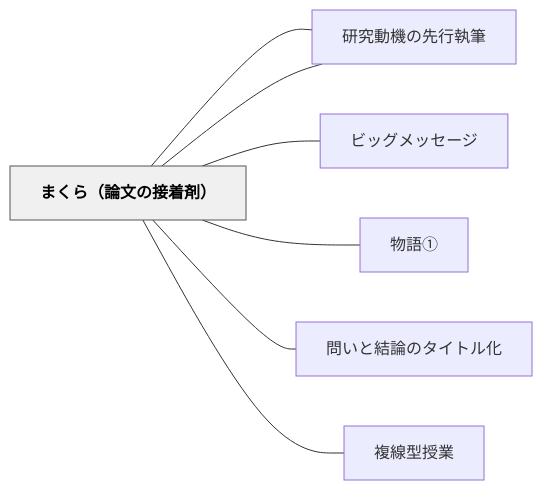
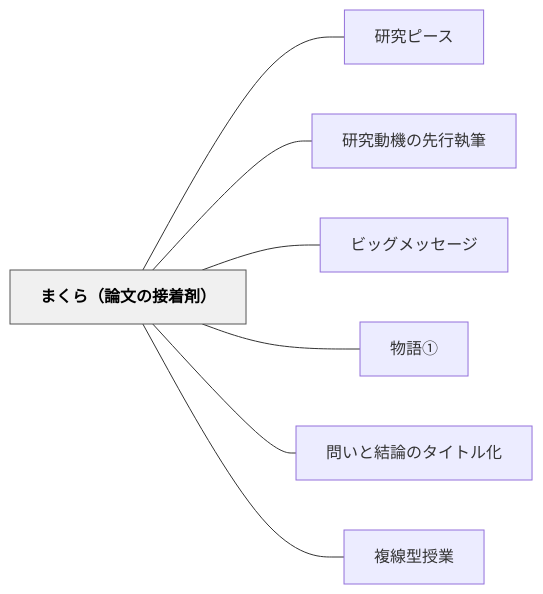
One commit to unknownthings-ed-patterns/unknownthings-ed-patterns changed the diagram in content/パタン/まくら（論文の接着剤）.md. Above: the diagram before and after it, drawn with Mermaid. The commit also changed 527 other files, not shown here.

````diff
--- a/content/パタン/まくら（論文の接着剤）.md
+++ b/content/パタン/まくら（論文の接着剤）.md
@@ -125,20 +125,20 @@
 ```mermaid
 flowchart LR
-    ne381bee3818f["まくら（論文の接着剤）"]
-    ne7a094e7a9b6["研究ピース"]
-    ne7a094e7a9b6["研究動機の先行執筆"]
-    ne38393e38383["ビッグメッセージ"]
-    ne789a9e8aa9e["物語①"]
-    ne5958fe38184["問いと結論のタイトル化"]
-    ne8a487e7b79a["複線型授業"]
+    ne381bee3818fe38289efbc88e8ab96e69687e381aee68ea5e79d80e589a4efbc89["まくら（論文の接着剤）"]
+    ne7a094e7a9b6e38394e383bce382b9["研究ピース"]
+    ne7a094e7a9b6e58b95e6a99fe381aee58588e8a18ce59fb7e7ad86["研究動機の先行執筆"]
+    ne38393e38383e382b0e383a1e38383e382bbe383bce382b8["ビッグメッセージ"]
+    ne789a9e8aa9ee291a0["物語①"]
+    ne5958fe38184e381a8e7b590e8ab96e381aee382bfe382a4e38388e383abe58c96["問いと結論のタイトル化"]
+    ne8a487e7b79ae59e8be68e88e6a5ad["複線型授業"]
 
-    ne381bee3818f --- ne7a094e7a9b6
-    ne381bee3818f --- ne7a094e7a9b6
-    ne381bee3818f --- ne38393e38383
-    ne381bee3818f --- ne789a9e8aa9e
-    ne381bee3818f --- ne5958fe38184
-    ne381bee3818f --- ne8a487e7b79a
+    ne381bee3818fe38289efbc88e8ab96e69687e381aee68ea5e79d80e589a4efbc89 --- ne7a094e7a9b6e38394e383bce382b9
+    ne381bee3818fe38289efbc88e8ab96e69687e381aee68ea5e79d80e589a4efbc89 --- ne7a094e7a9b6e58b95e6a99fe381aee58588e8a18ce59fb7e7ad86
+    ne381bee3818fe38289efbc88e8ab96e69687e381aee68ea5e79d80e589a4efbc89 --- ne38393e38383e382b0e383a1e38383e382bbe383bce382b8
+    ne381bee3818fe38289efbc88e8ab96e69687e381aee68ea5e79d80e589a4efbc89 --- ne789a9e8aa9ee291a0
+    ne381bee3818fe38289efbc88e8ab96e69687e381aee68ea5e79d80e589a4efbc89 --- ne5958fe38184e381a8e7b590e8ab96e381aee382bfe382a4e38388e383abe58c96
+    ne381bee3818fe38289efbc88e8ab96e69687e381aee68ea5e79d80e589a4efbc89 --- ne8a487e7b79ae59e8be68e88e6a5ad
 
     classDef hub fill:#f0f0f0,stroke:#555,color:#000,font-weight:bold
-    class ne381bee3818f hub
+    class ne381bee3818fe38289efbc88e8ab96e69687e381aee68ea5e79d80e589a4efbc89 hub
 ```
````
